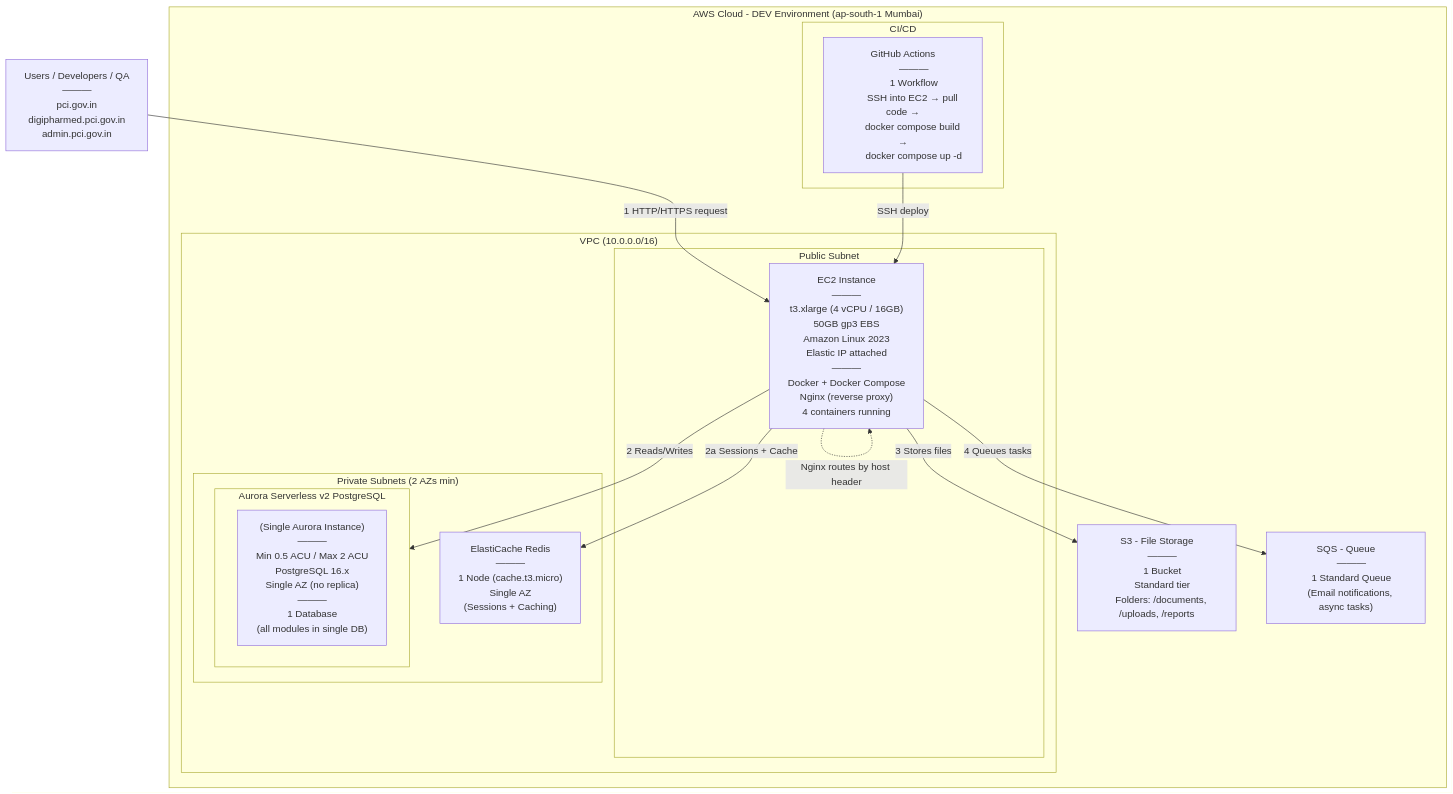
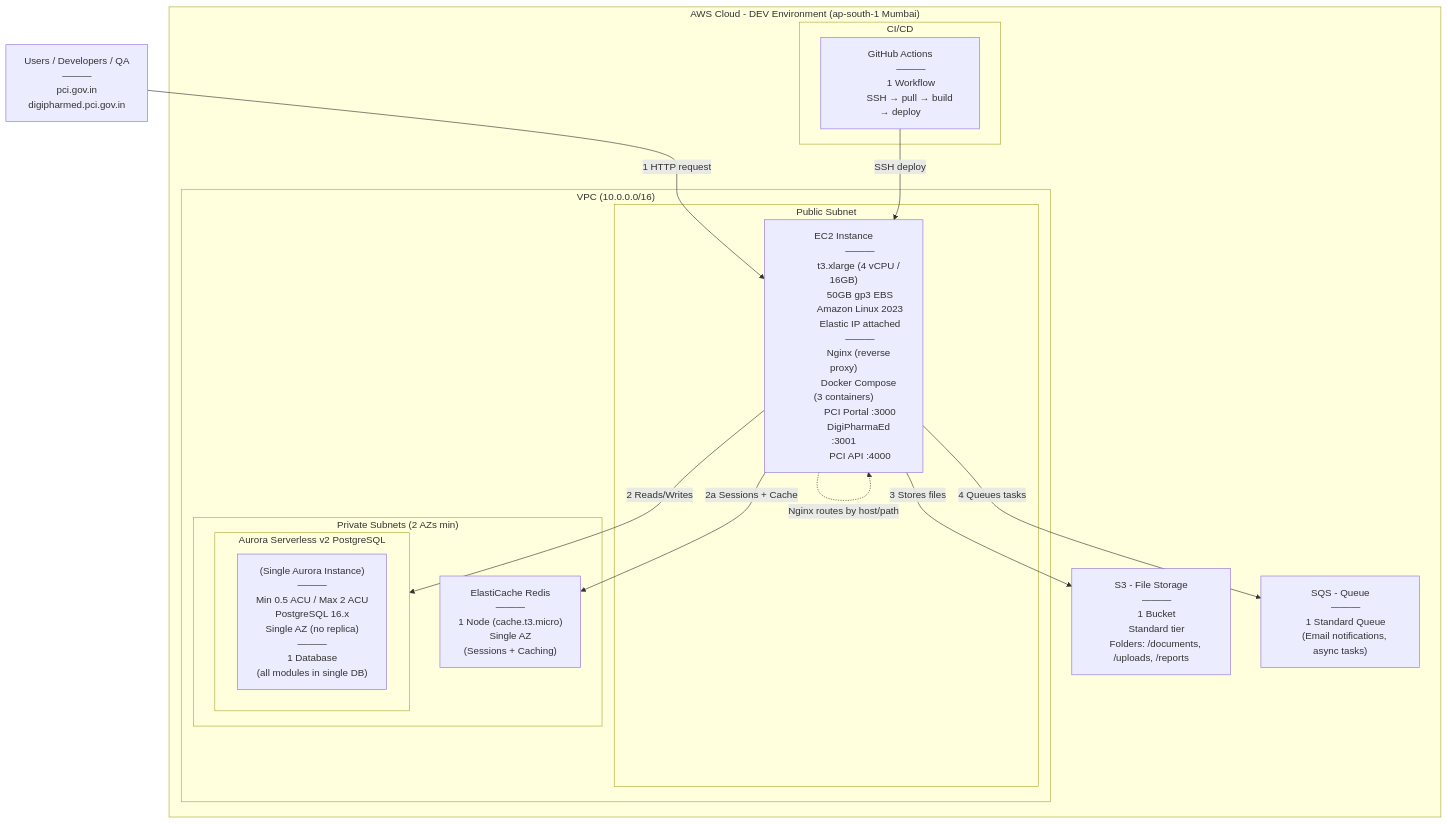
One commit to samir19406/test1 changed the diagram in dev-phase-part-a.md. Above: the diagram before and after it, drawn with Mermaid. The commit also changed other lines of this file, not shown here.

```diff
--- a/dev-phase-part-a.md
+++ b/dev-phase-part-a.md
@@ -6,8 +6,7 @@
 User["Users / Developers / QA
 ———
 pci.gov.in
-digipharmed.pci.gov.in
-admin.pci.gov.in"]
+digipharmed.pci.gov.in"]
 
 subgraph AWS_Cloud["AWS Cloud - DEV Environment (ap-south-1 Mumbai)"]
 
@@ -21,9 +20,11 @@
             Amazon Linux 2023
             Elastic IP attached
             ———
-            Docker + Docker Compose
             Nginx (reverse proxy)
-            4 containers running"]
+            Docker Compose (3 containers)
+            PCI Portal :3000
+            DigiPharmaEd :3001
+            PCI API :4000"]
         end
 
         subgraph Private_Subnets["Private Subnets (2 AZs min)"]
@@ -62,18 +63,14 @@
         GitHub["GitHub Actions
         ———
         1 Workflow
-        SSH into EC2 → pull code →
-        docker compose build →
-        docker compose up -d"]
+        SSH → pull → build → deploy"]
     end
 
 end
 
 %% Request Flow
-User -- "1 HTTP/HTTPS request" --> EC2
-
-%% Inside EC2 (conceptual)
-EC2 -. "Nginx routes by host header" .-> EC2
+User -- "1 HTTP request" --> EC2
+EC2 -. "Nginx routes by host/path" .-> EC2
 
 %% App to Data Flow
 EC2 -- "2 Reads/Writes" --> Aurora_Cluster
```
